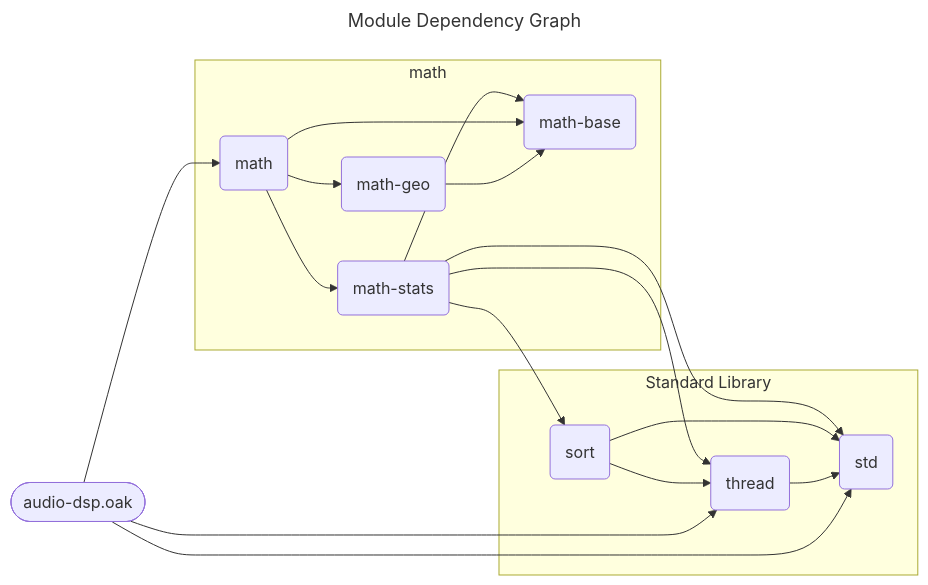
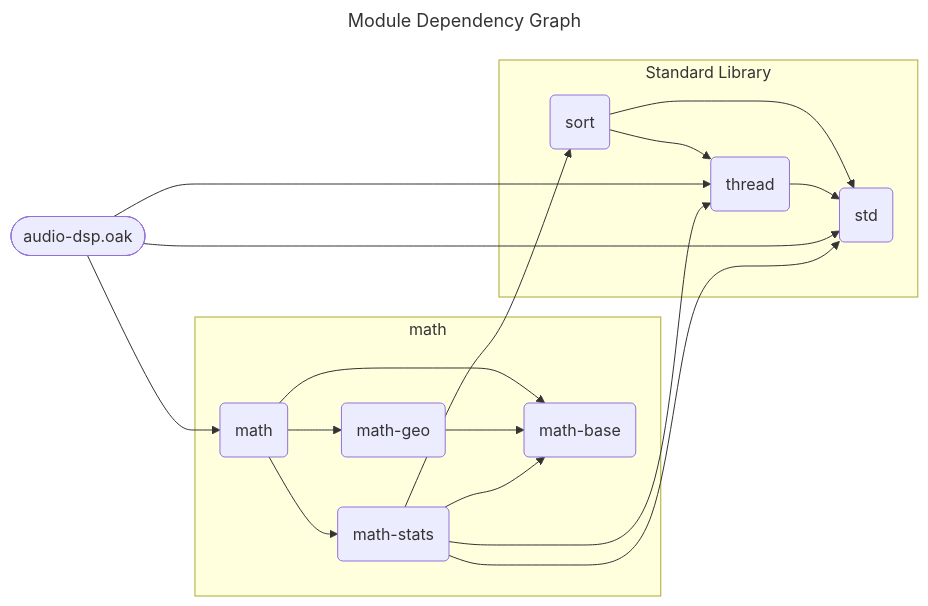
One commit to SpcFORK/magnolia changed the diagram in docs/spec/audio-dsp.mmd. Above: the diagram before and after it, drawn with Mermaid. The commit also changed other lines of this file and 127 other files, not shown here.

First line of the commit message:
Refactor module dependency graphs across various specifications

```diff
--- a/docs/spec/audio-dsp.mmd
+++ b/docs/spec/audio-dsp.mmd
@@ -1,30 +1,30 @@
 ---
 title: Module Dependency Graph
 ---
 flowchart LR
     lib_audio_dsp_oak(["audio-dsp.oak"])
     subgraph stdlib_math ["math"]
-        math_stats("math-stats")
         math("math")
         math_base("math-base")
         math_geo("math-geo")
+        math_stats("math-stats")
     end
     subgraph stdlib_core ["Standard Library"]
         sort("sort")
         thread("thread")
         std("std")
     end
-    math_stats --> std
-    math_stats --> sort
-    math_stats --> math_base
-    math_stats --> thread
     sort --> std
     sort --> thread
     thread --> std
     lib_audio_dsp_oak --> std
     lib_audio_dsp_oak --> math
     lib_audio_dsp_oak --> thread
     math --> math_base
     math --> math_geo
     math --> math_stats
     math_geo --> math_base
+    math_stats --> std
+    math_stats --> sort
+    math_stats --> math_base
+    math_stats --> thread
```
